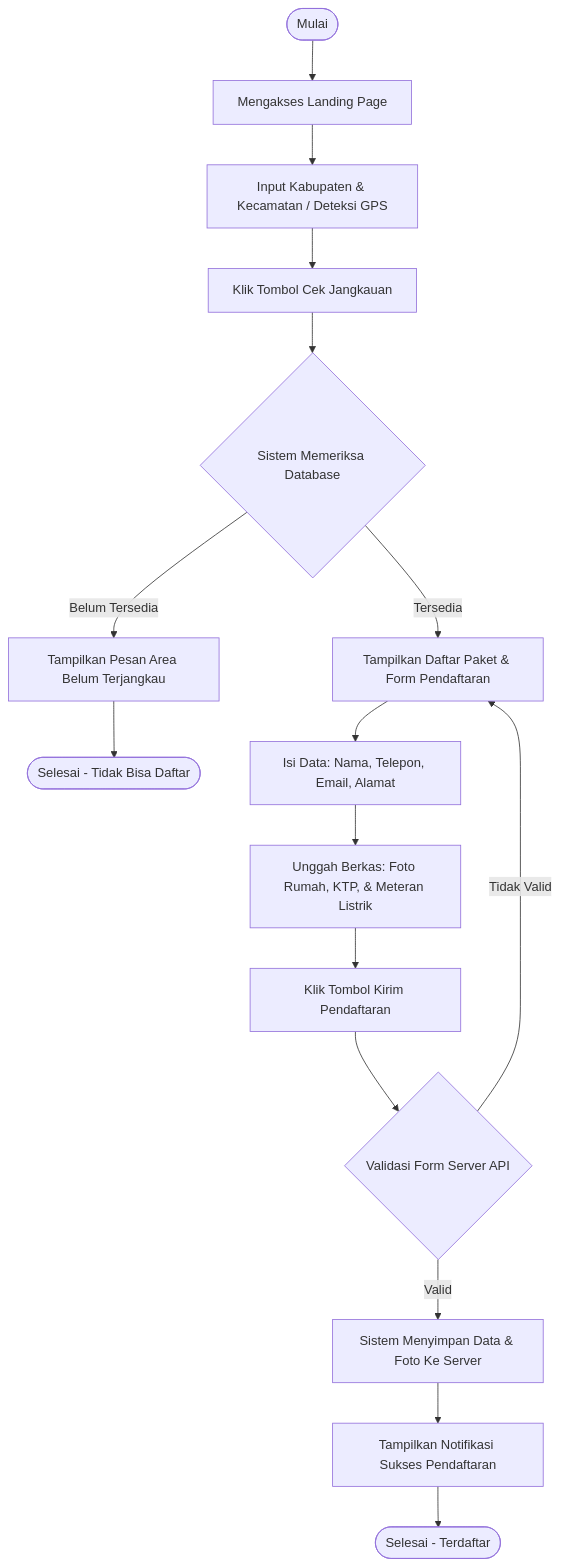
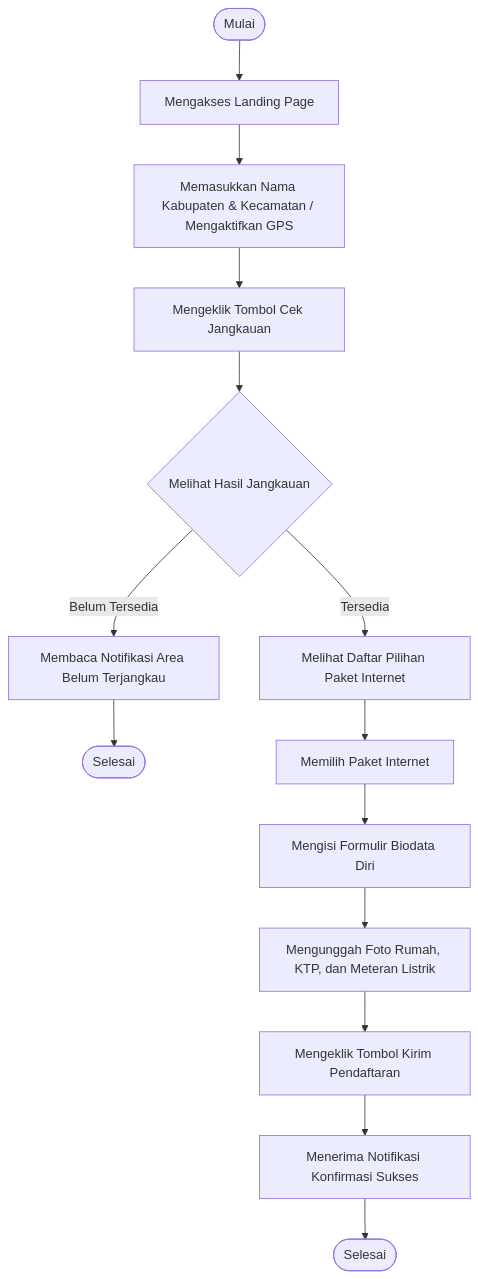
The second of 4 diagrams in skripsi.md (adistianherlambang/ISP-MyRepublic-Laravel-ReactJS), drawn with Mermaid before and after one commit. The commit also changed other lines of this file and 7 other files, not shown here.

````diff
--- a/skripsi.md
+++ b/skripsi.md
@@ -50,21 +50,18 @@
 ```mermaid
 flowchart TD
   Start([Mulai]) --> Akses[Mengakses Landing Page]
-  Akses --> Input[Input Kabupaten & Kecamatan / Deteksi GPS]
-  Input --> Cek[Klik Tombol Cek Jangkauan]
-  Cek --> Verifikasi{Sistem Memeriksa Database}
+  Akses --> Input[Memasukkan Nama Kabupaten & Kecamatan / Mengaktifkan GPS]
+  Input --> KlikCek[Mengeklik Tombol Cek Jangkauan]
+  KlikCek --> CekHasil{Melihat Hasil Jangkauan}
   
-  Verifikasi -- Belum Tersedia --> TidakTersedia[Tampilkan Pesan Area Belum Terjangkau]
-  TidakTersedia --> SelesaiTidakDaftar([Selesai - Tidak Bisa Daftar])
+  CekHasil -- Belum Tersedia --> BacaPesan[Membaca Notifikasi Area Belum Terjangkau]
+  BacaPesan --> SelesaiBatal([Selesai])
   
-  Verifikasi -- Tersedia --> Tersedia[Tampilkan Daftar Paket & Form Pendaftaran]
-  Tersedia --> IsiForm[Isi Data: Nama, Telepon, Email, Alamat]
-  IsiForm --> Upload[Unggah Berkas: Foto Rumah, KTP, & Meteran Listrik]
-  Upload --> Kirim[Klik Tombol Kirim Pendaftaran]
-  Kirim --> Validasi{Validasi Form Server API}
-  
-  Validasi -- Tidak Valid --> Tersedia
-  Validasi -- Valid --> Simpan[Sistem Menyimpan Data & Foto Ke Server]
-  Simpan --> Sukses[Tampilkan Notifikasi Sukses Pendaftaran]
-  Sukses --> End([Selesai - Terdaftar])
+  CekHasil -- Tersedia --> LihatPaket[Melihat Daftar Pilihan Paket Internet]
+  LihatPaket --> PilihPaket[Memilih Paket Internet]
+  PilihPaket --> IsiData[Mengisi Formulir Biodata Diri]
+  IsiData --> UploadFoto[Mengunggah Foto Rumah, KTP, dan Meteran Listrik]
+  UploadFoto --> KlikKirim[Mengeklik Tombol Kirim Pendaftaran]
+  KlikKirim --> TerimaKonfirmasi[Menerima Notifikasi Konfirmasi Sukses]
+  TerimaKonfirmasi --> SelesaiDaftar([Selesai])
 ```
````
